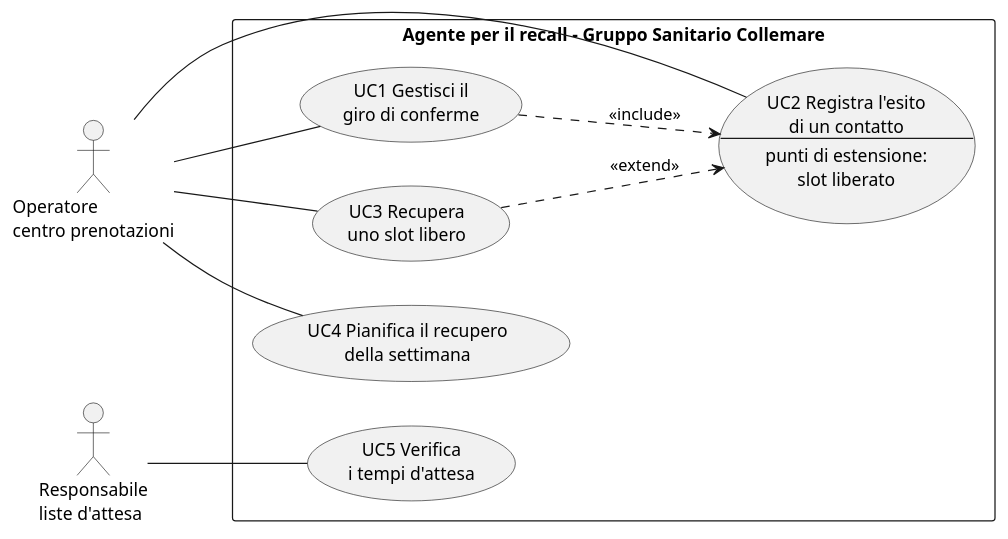
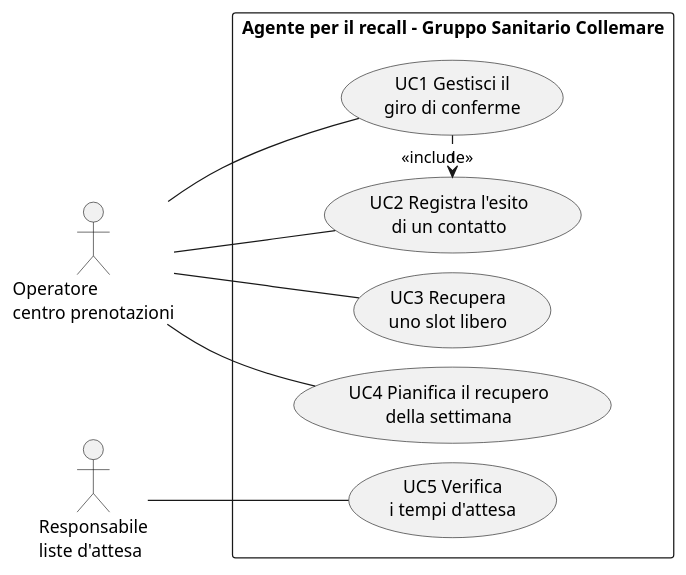
Before and after one commit to LeoDS99/pw26-agente-recall: the diagram in docs/diagrammi/casi-uso.puml, drawn with PlantUML. The commit also changed 6 other files, not shown here.

Commit message:
Diagrammi rivisti, README e screenshot dello scenario 5

```diff
--- a/docs/diagrammi/casi-uso.puml
+++ b/docs/diagrammi/casi-uso.puml
@@ -1,27 +1,25 @@
 @startuml casi-uso
 left to right direction
 skinparam packageStyle rectangle
+skinparam nodesep 15
 
 actor "Operatore\ncentro prenotazioni" as Op
 actor "Responsabile\nliste d'attesa" as Resp
 
 rectangle "Agente per il recall - Gruppo Sanitario Collemare" {
   usecase "UC1 Gestisci il\ngiro di conferme" as UC1
-  usecase UC2 as "UC2 Registra l'esito
-di un contatto
---
-punti di estensione:
-slot liberato"
+  usecase "UC2 Registra l'esito\ndi un contatto" as UC2
   usecase "UC3 Recupera\nuno slot libero" as UC3
   usecase "UC4 Pianifica il recupero\ndella settimana" as UC4
   usecase "UC5 Verifica\ni tempi d'attesa" as UC5
 }
 Op -- UC1
 Op -- UC2
 Op -- UC3
 Op -- UC4
 Resp -- UC5
 
-UC1 ..> UC2 : <<include>>
-UC3 ..> UC2 : <<extend>>
+' [norank]: PlantUML non usa questa freccia per disporre i casi d'uso, che
+' restano così in una colonna, nell'ordine in cui sono dichiarati (da UC1 a UC5).
+UC1 .[norank].> UC2 : <<include>>
 @enduml
```
